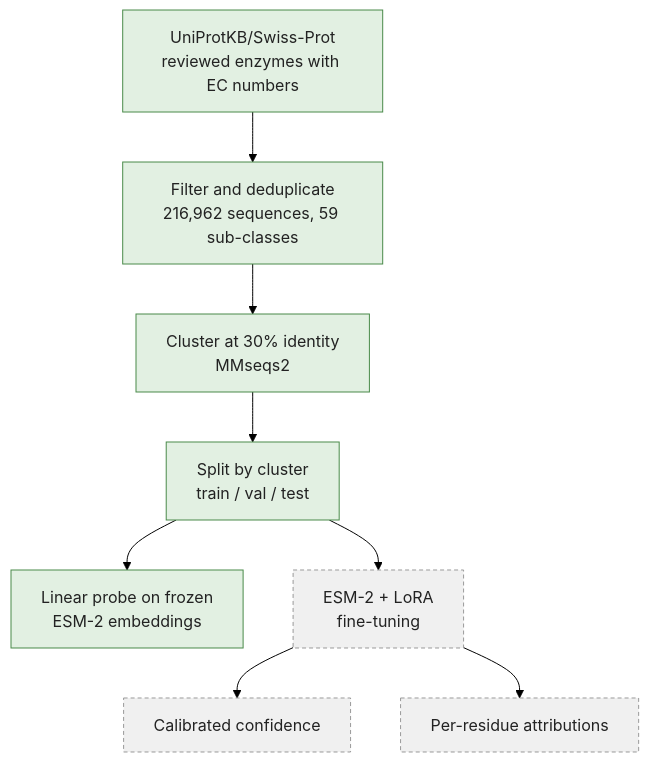
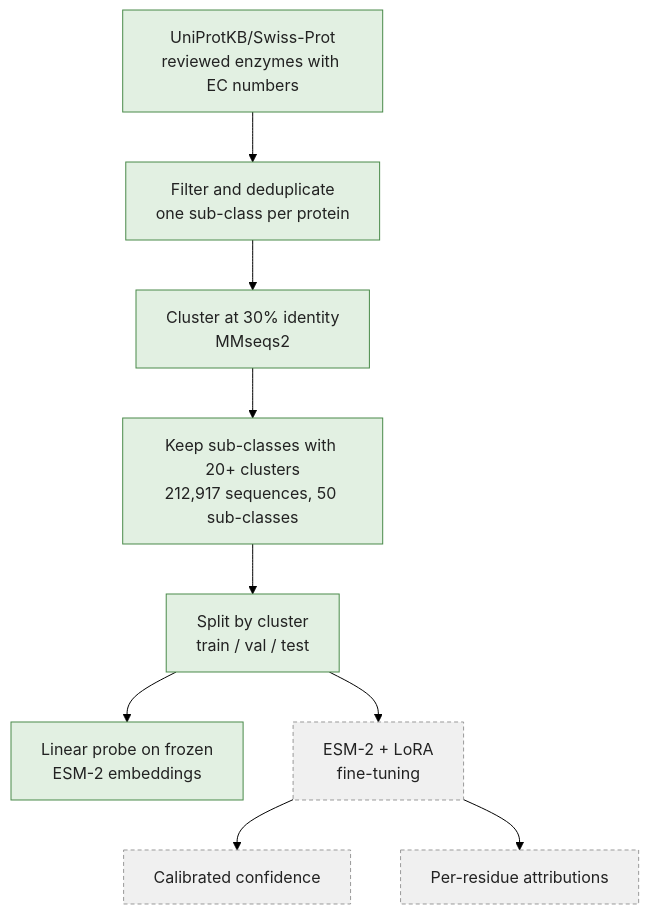
Before and after one commit to izgys/decodec: the diagram in README.md, drawn with Mermaid (forest theme). The commit also changed other lines of this file, not shown here.

````diff
--- a/README.md
+++ b/README.md
@@ -21,14 +21,15 @@
 ```mermaid
 flowchart TD
-    A["UniProtKB/Swiss-Prot<br/>reviewed enzymes with EC numbers"] --> B["Filter and deduplicate<br/>216,962 sequences, 59 sub-classes"]
+    A["UniProtKB/Swiss-Prot<br/>reviewed enzymes with EC numbers"] --> B["Filter and deduplicate<br/>one sub-class per protein"]
     B --> C["Cluster at 30% identity<br/>MMseqs2"]
-    C --> D["Split by cluster<br/>train / val / test"]
+    C --> K["Keep sub-classes with 20+ clusters<br/>212,917 sequences, 50 sub-classes"]
+    K --> D["Split by cluster<br/>train / val / test"]
     D --> E["Linear probe on frozen<br/>ESM-2 embeddings"]
     D --> F["ESM-2 + LoRA<br/>fine-tuning"]
     F --> G["Calibrated confidence"]
     F --> H["Per-residue attributions"]
     classDef built fill:#e2f0e2,stroke:#4a8a4a,color:#222
     classDef planned fill:#f0f0f0,stroke:#999,stroke-dasharray:4 3,color:#222
-    class A,B,C,D,E built
+    class A,B,C,K,D,E built
     class F,G,H planned
 ```
````
